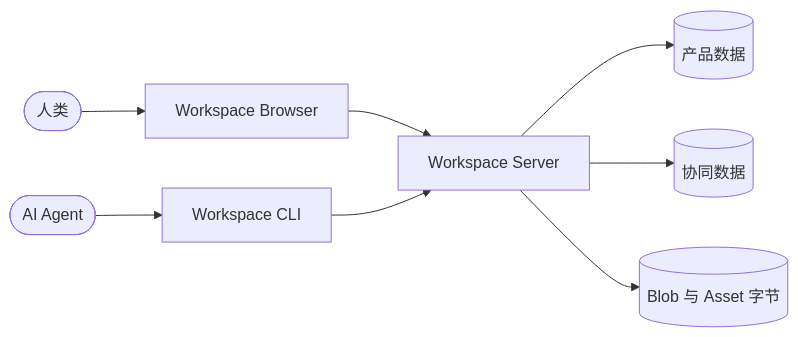
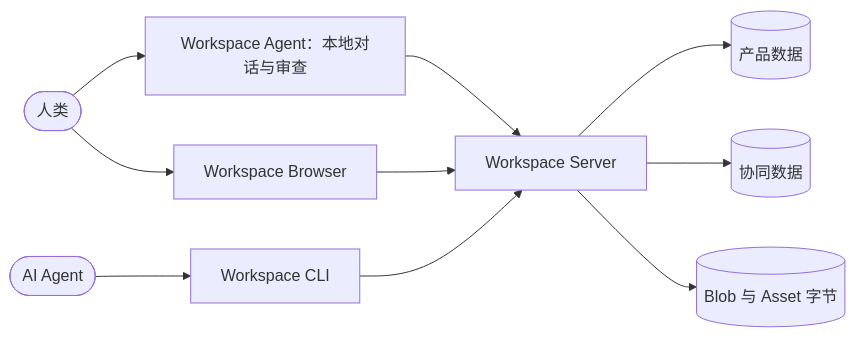
One commit to dream-num/univer-workspace changed the diagram in README.zh-CN.md. Above: the diagram before and after it, drawn with Mermaid. The commit also changed other lines of this file and 5 other files, not shown here.

First line of the commit message:
docs: improve Workspace Agent setup and shared UI guidance (#53)

````diff
--- a/README.zh-CN.md
+++ b/README.zh-CN.md
@@ -37,10 +50,12 @@
 ```mermaid
 flowchart LR
     Human([人类]) --> Browser[Workspace Browser]
     Agent([AI Agent]) --> CLI[Workspace CLI]
+    Human --> AgentApp[Workspace Agent：本地对话与审查]
+    AgentApp --> Server
     Browser --> Server[Workspace Server]
     CLI --> Server
     Server --> Product[(产品数据)]
     Server --> Collaboration[(协同数据)]
     Server --> Blobs[(Blob 与 Asset 字节)]
 ```
````
